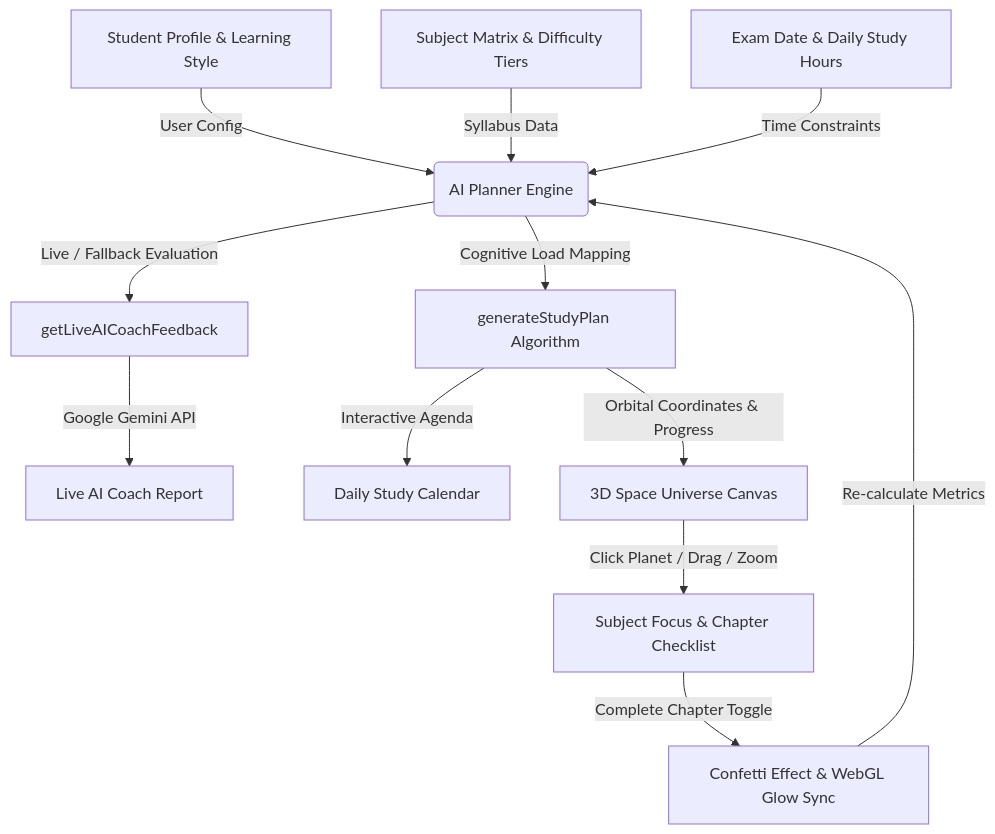
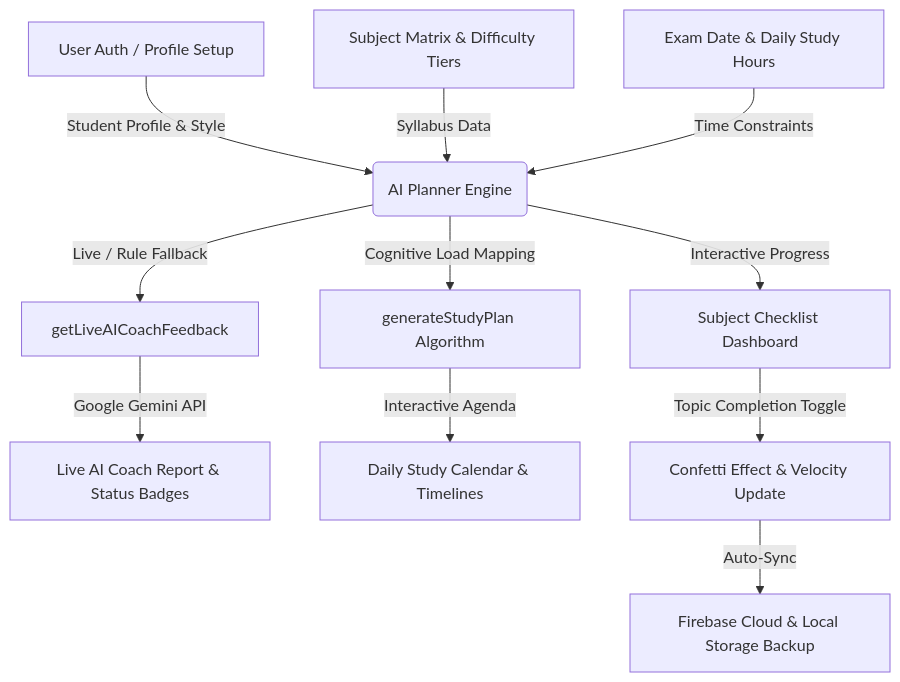
One commit to SPradhan-code/AI-StudyPlanner changed the diagram in README.md. Above: the diagram before and after it, drawn with Mermaid. The commit also changed other lines of this file, not shown here.

Commit message:
Correct README to accurately reflect current active UI features (Dashboard, Calendar, Gemini AI, Firebase)

````diff
--- a/README.md
+++ b/README.md
@@ -41,18 +40,17 @@
 ```mermaid
 graph TD
-    A[Student Profile & Learning Style] -->|User Config| B(AI Planner Engine)
+    A[User Auth / Profile Setup] -->|Student Profile & Style| B(AI Planner Engine)
     C[Subject Matrix & Difficulty Tiers] -->|Syllabus Data| B
     D[Exam Date & Daily Study Hours] -->|Time Constraints| B
     
     B -->|Cognitive Load Mapping| E[generateStudyPlan Algorithm]
-    B -->|Live / Fallback Evaluation| F[getLiveAICoachFeedback]
+    B -->|Live / Rule Fallback| F[getLiveAICoachFeedback]
     
-    F -->|Google Gemini API| G[Live AI Coach Report]
+    F -->|Google Gemini API| G[Live AI Coach Report & Status Badges]
     
-    E -->|Interactive Agenda| H[Daily Study Calendar]
-    E -->|Orbital Coordinates & Progress| I[3D Space Universe Canvas]
+    E -->|Interactive Agenda| H[Daily Study Calendar & Timelines]
     
-    I -->|Click Planet / Drag / Zoom| J[Subject Focus & Chapter Checklist]
-    J -->|Complete Chapter Toggle| K[Confetti Effect & WebGL Glow Sync]
-    K -->|Re-calculate Metrics| B
+    B -->|Interactive Progress| I[Subject Checklist Dashboard]
+    I -->|Topic Completion Toggle| J[Confetti Effect & Velocity Update]
+    J -->|Auto-Sync| K[Firebase Cloud & Local Storage Backup]
 ```
````
